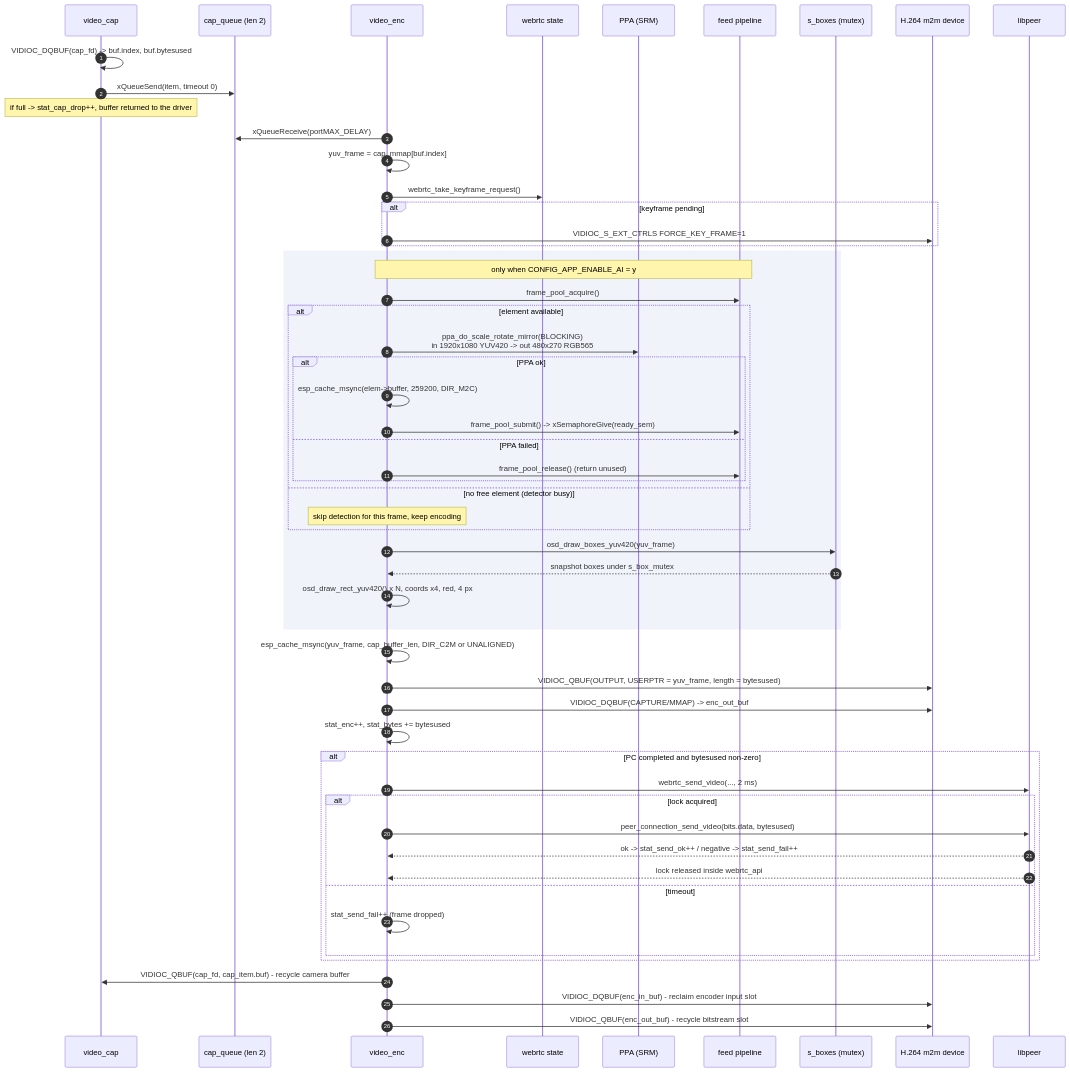
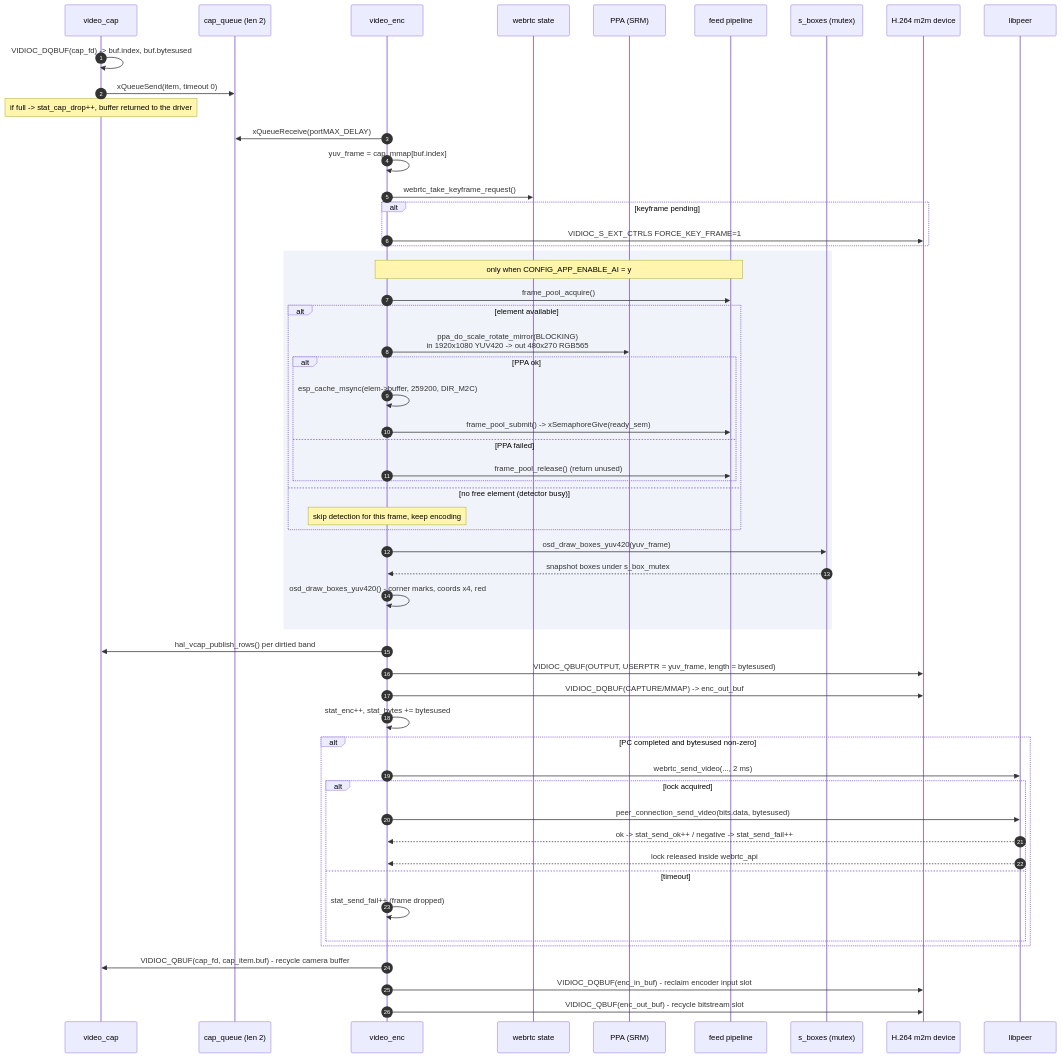
The second of 7 diagrams in DATAFLOW.md (thanhbinh89/esp32-ipc), drawn with Mermaid before and after one commit. The commit also changed other lines of this file and 4 other files, not shown here.

Commit message:
Refactor architecture and data flow documentation; update configuration for capture buffers and video encoding parameters

````diff
--- a/DATAFLOW.md
+++ b/DATAFLOW.md
@@ -71,66 +71,66 @@
 ```mermaid
 sequenceDiagram
     autonumber
     participant CAP as video_cap
     participant Q as cap_queue (len 2)
     participant ENC as video_enc
     participant WT as webrtc state
     participant PPA as PPA (SRM)
     participant FP as feed pipeline
     participant BSTORE as s_boxes (mutex)
     participant HW as H.264 m2m device
     participant LP as libpeer
 
     CAP->>CAP: VIDIOC_DQBUF(cap_fd) -> buf.index, buf.bytesused
     CAP->>Q: xQueueSend(item, timeout 0)
     Note over CAP: if full -> stat_cap_drop++, buffer returned to the driver
 
     ENC->>Q: xQueueReceive(portMAX_DELAY)
     ENC->>ENC: yuv_frame = cap_mmap[buf.index]
 
     ENC->>WT: webrtc_take_keyframe_request()
     alt keyframe pending
         ENC->>HW: VIDIOC_S_EXT_CTRLS FORCE_KEY_FRAME=1
     end
 
     rect rgb(240,244,250)
         Note over ENC,FP: only when CONFIG_APP_ENABLE_AI = y
         ENC->>FP: frame_pool_acquire()
         alt element available
             ENC->>PPA: ppa_do_scale_rotate_mirror(BLOCKING)<br/>in 1920x1080 YUV420 -> out 480x270 RGB565
             alt PPA ok
                 ENC->>ENC: esp_cache_msync(elem->buffer, 259200, DIR_M2C)
                 ENC->>FP: frame_pool_submit() -> xSemaphoreGive(ready_sem)
             else PPA failed
                 ENC->>FP: frame_pool_release() (return unused)
             end
         else no free element (detector busy)
             Note over ENC: skip detection for this frame, keep encoding
         end
 
         ENC->>BSTORE: osd_draw_boxes_yuv420(yuv_frame)
         BSTORE-->>ENC: snapshot boxes under s_box_mutex
-        ENC->>ENC: osd_draw_rect_yuv420() x N, coords x4, red, 4 px
+        ENC->>ENC: osd_draw_boxes_yuv420() - corner marks, coords x4, red
     end
 
-    ENC->>ENC: esp_cache_msync(yuv_frame, cap_buffer_len, DIR_C2M or UNALIGNED)
+    ENC->>CAP: hal_vcap_publish_rows() per dirtied band
 
     ENC->>HW: VIDIOC_QBUF(OUTPUT, USERPTR = yuv_frame, length = bytesused)
     ENC->>HW: VIDIOC_DQBUF(CAPTURE/MMAP) -> enc_out_buf
     ENC->>ENC: stat_enc++, stat_bytes += bytesused
 
     alt PC completed and bytesused non-zero
         ENC->>LP: webrtc_send_video(..., 2 ms)
         alt lock acquired
             ENC->>LP: peer_connection_send_video(bits.data, bytesused)
             LP-->>ENC: ok -> stat_send_ok++ / negative -> stat_send_fail++
             LP-->>ENC: lock released inside webrtc_api
         else timeout
             ENC->>ENC: stat_send_fail++ (frame dropped)
         end
     end
 
     ENC->>CAP: VIDIOC_QBUF(cap_fd, cap_item.buf) - recycle camera buffer
     ENC->>HW: VIDIOC_DQBUF(enc_in_buf) - reclaim encoder input slot
     ENC->>HW: VIDIOC_QBUF(enc_out_buf) - recycle bitstream slot
 ```
````
